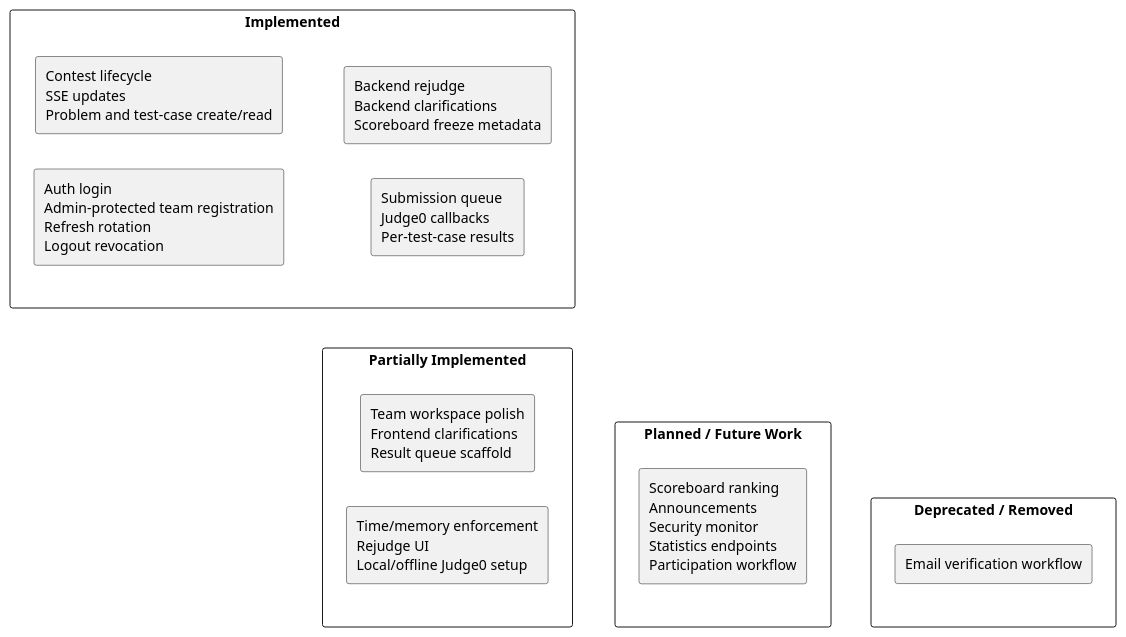
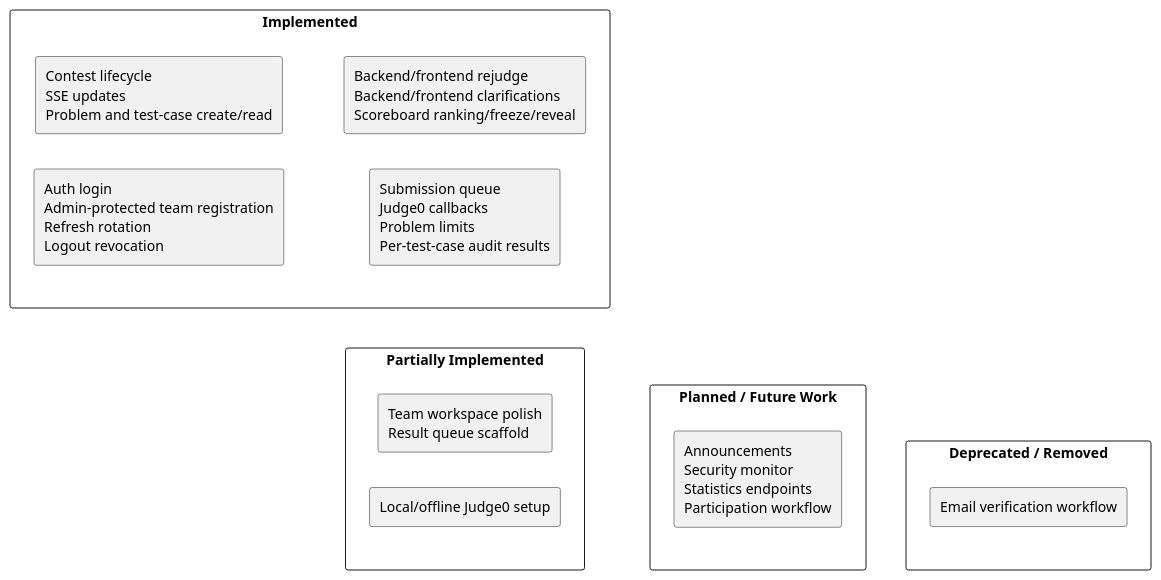
The third of 17 diagrams in docs/report-rebuild/diagram-prompts.md (AuraC-graduate-project/AuraC2), drawn with PlantUML before and after one commit. The commit also changed other lines of this file and 3 other files, not shown here.

Commit message:
feat(phase-2): enforce Judge0 limits and add verdict audit

````diff
--- a/docs/report-rebuild/diagram-prompts.md
+++ b/docs/report-rebuild/diagram-prompts.md
@@ -93,24 +93,24 @@
 ```plantuml
 @startuml
 left to right direction
 rectangle "Implemented" as I {
   rectangle "Auth login\nAdmin-protected team registration\nRefresh rotation\nLogout revocation"
   rectangle "Contest lifecycle\nSSE updates\nProblem and test-case create/read"
-  rectangle "Submission queue\nJudge0 callbacks\nPer-test-case results"
-  rectangle "Backend rejudge\nBackend clarifications\nScoreboard freeze metadata"
+  rectangle "Submission queue\nJudge0 callbacks\nProblem limits\nPer-test-case audit results"
+  rectangle "Backend/frontend rejudge\nBackend/frontend clarifications\nScoreboard ranking/freeze/reveal"
 }
 rectangle "Partially Implemented" as P {
-  rectangle "Team workspace polish\nFrontend clarifications\nResult queue scaffold"
-  rectangle "Time/memory enforcement\nRejudge UI\nLocal/offline Judge0 setup"
+  rectangle "Team workspace polish\nResult queue scaffold"
+  rectangle "Local/offline Judge0 setup"
 }
 rectangle "Planned / Future Work" as F {
-  rectangle "Scoreboard ranking\nAnnouncements\nSecurity monitor\nStatistics endpoints\nParticipation workflow"
+  rectangle "Announcements\nSecurity monitor\nStatistics endpoints\nParticipation workflow"
 }
 rectangle "Deprecated / Removed" as R {
   rectangle "Email verification workflow"
 }
 I -[hidden]-> P
 P -[hidden]-> F
 F -[hidden]-> R
 @enduml
 ```
````
